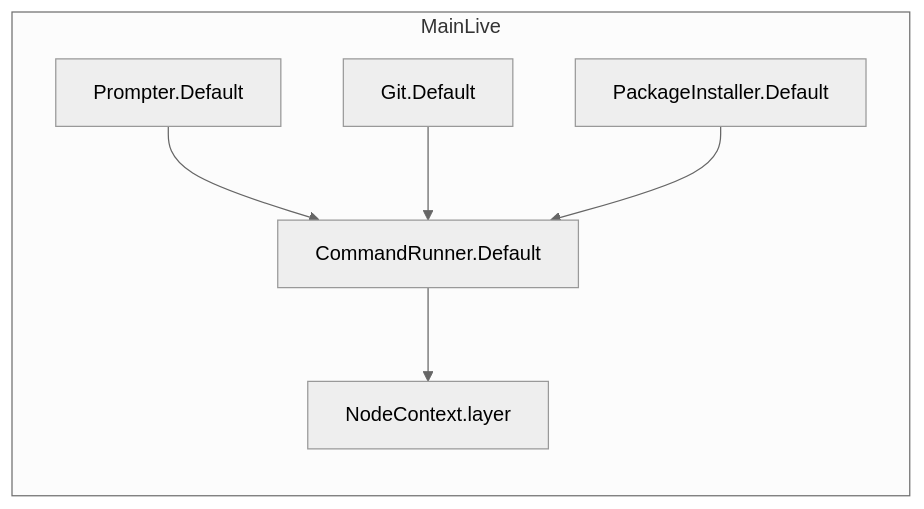
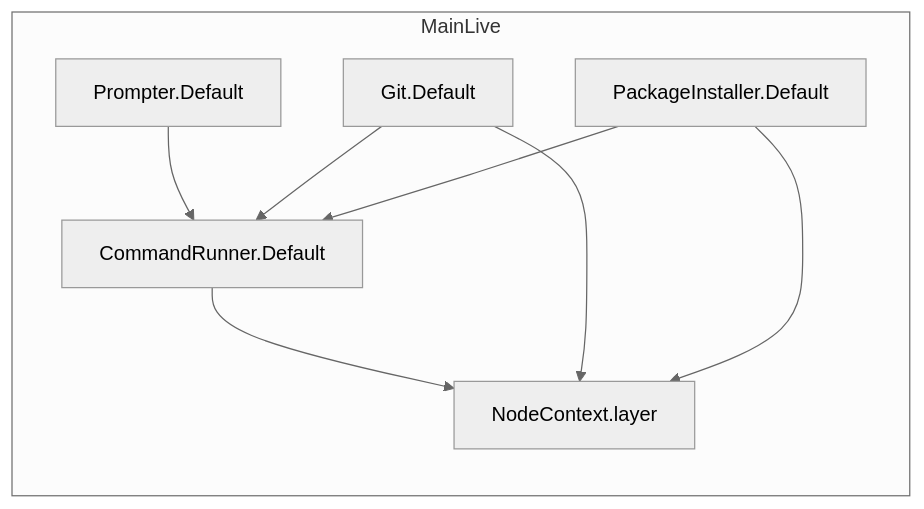
One commit to peeranat-dan/chanom changed the second of 3 diagrams in packages/cli/ARCHITECTURE.md. Above: the diagram before and after it, drawn with Mermaid (neutral theme). The commit also changed other lines of this file and 6 other files, not shown here.

````diff
--- a/packages/cli/ARCHITECTURE.md
+++ b/packages/cli/ARCHITECTURE.md
@@ -121,11 +121,12 @@
 ```mermaid
 graph LR
     subgraph MainLive
         P[Prompter.Default]
         G[Git.Default]
         PI[PackageInstaller.Default]
         CR[CommandRunner.Default]
         NC[NodeContext.layer]
     end
     P & G & PI --> CR --> NC
+    G & PI --> NC
 ```
````
